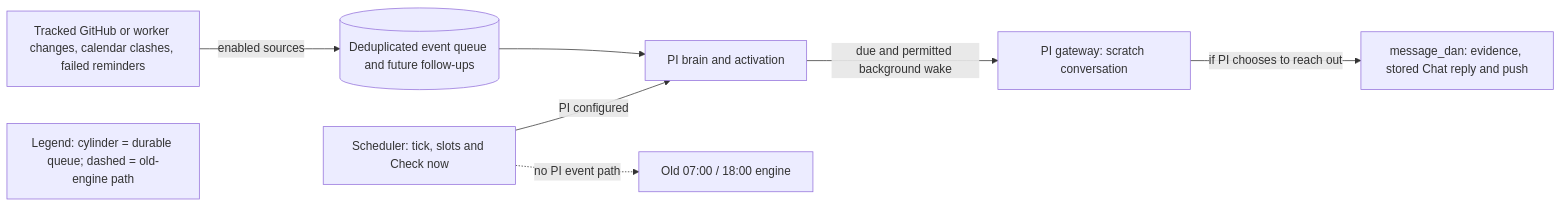
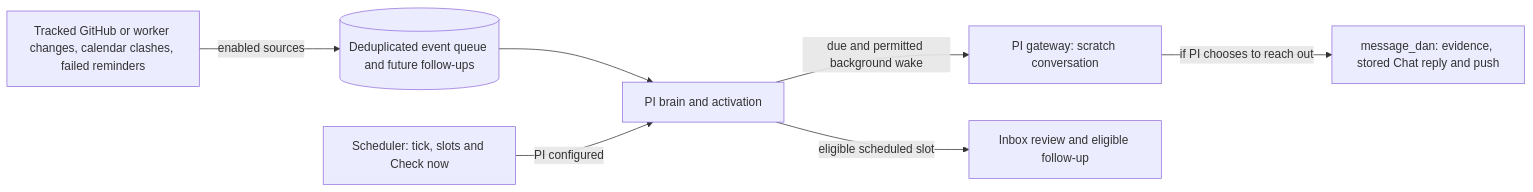
Before and after one commit to DanAakesen/jarvis: the sixth of 8 diagrams in docs/architecture.md, drawn with Mermaid. The commit also changed other lines of this file and 30 other files, not shown here.

Commit message:
Retire the slot engine and run Inbox capture and follow-ups through Background PI

````diff
--- a/docs/architecture.md
+++ b/docs/architecture.md
@@ -165,16 +165,15 @@
 ```mermaid
 flowchart LR
     EVENTS["Tracked GitHub or worker changes, calendar clashes, failed reminders"]
     QUEUE[("Deduplicated event queue and future follow-ups")]
     SCHED["Scheduler: tick, slots and Check now"]
     BRAIN["PI brain and activation"]
     WAKE["PI gateway: scratch conversation"]
-    OLD["Old 07:00 / 18:00 engine"]
+    INBOX["Inbox review and eligible follow-up"]
     DELIVERY["message_dan: evidence, stored Chat reply and push"]
     EVENTS -->|enabled sources| QUEUE --> BRAIN
     SCHED -->|PI configured| BRAIN
-    SCHED -.->|no PI event path| OLD
+    BRAIN -->|eligible scheduled slot| INBOX
     BRAIN -->|due and permitted background wake| WAKE
     WAKE -->|if PI chooses to reach out| DELIVERY
-    LEG["Legend: cylinder = durable queue; dashed = old-engine path"]
 ```
````
